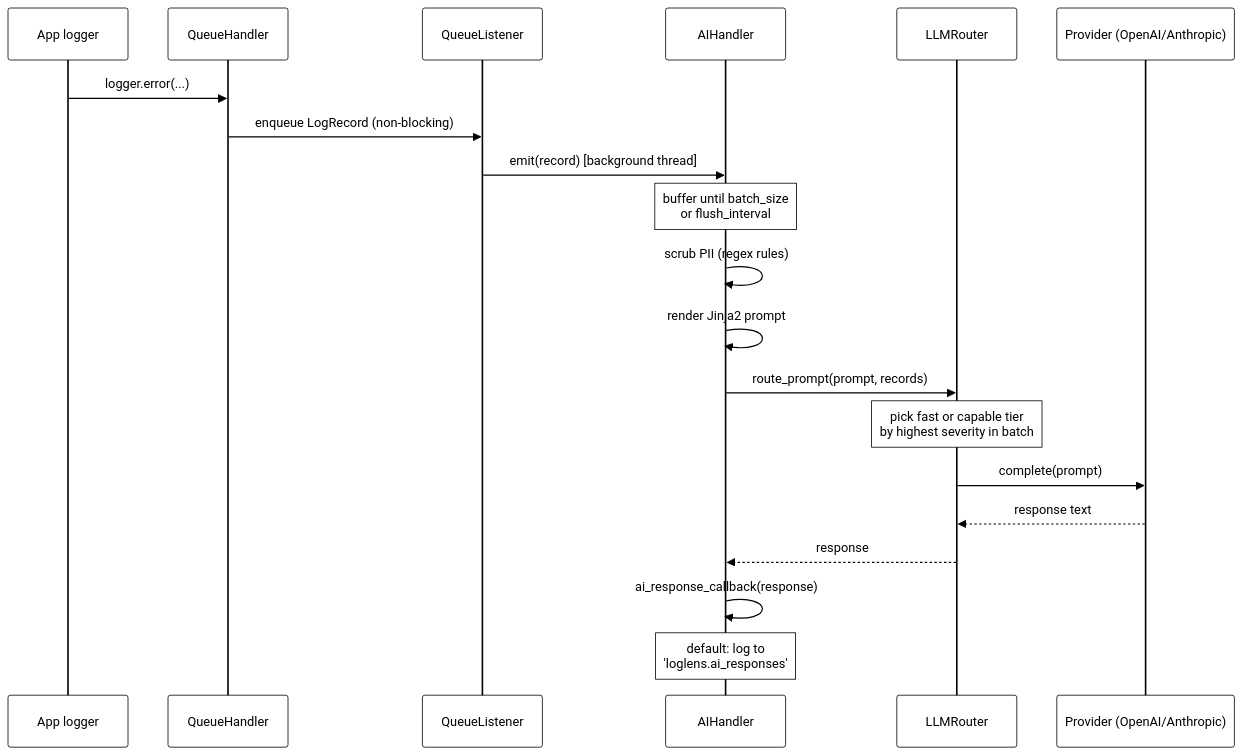
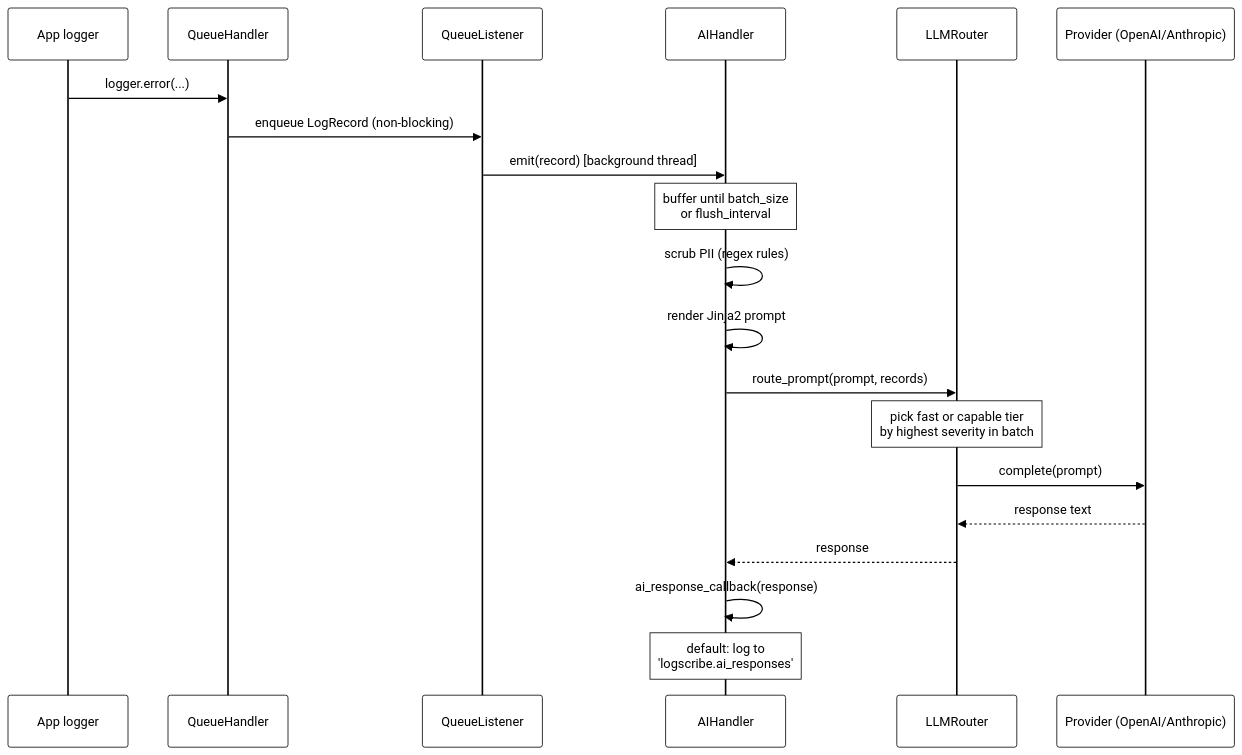
One commit to nadeem4/ai_logger changed the diagram in README.md. Above: the diagram before and after it, drawn with Mermaid. The commit also changed other lines of this file and 52 other files, not shown here.

First line of the commit message:
refactor!: rename package loglens -> logscribe

````diff
--- a/README.md
+++ b/README.md
@@ -46,24 +46,24 @@
 ```mermaid
 %%{init: {'theme': 'base', 'themeVariables': {'primaryColor': '#ffffff', 'primaryBorderColor': '#000000', 'primaryTextColor': '#000000', 'lineColor': '#000000', 'secondaryColor': '#ffffff', 'tertiaryColor': '#ffffff', 'actorBkg': '#ffffff', 'actorBorder': '#000000', 'actorTextColor': '#000000', 'actorLineColor': '#000000', 'signalColor': '#000000', 'signalTextColor': '#000000', 'labelBoxBkgColor': '#ffffff', 'labelBoxBorderColor': '#000000', 'labelTextColor': '#000000', 'loopTextColor': '#000000', 'noteBkgColor': '#ffffff', 'noteBorderColor': '#000000', 'noteTextColor': '#000000', 'activationBorderColor': '#000000', 'activationBkgColor': '#ffffff', 'sequenceNumberColor': '#000000'}}}%%
 sequenceDiagram
     participant App as App logger
     participant QH as QueueHandler
     participant QL as QueueListener
     participant AIH as AIHandler
     participant Router as LLMRouter
     participant Provider as Provider (OpenAI/Anthropic)
 
     App->>QH: logger.error(...)
     QH->>QL: enqueue LogRecord (non-blocking)
     QL->>AIH: emit(record) [background thread]
     Note over AIH: buffer until batch_size<br/>or flush_interval
     AIH->>AIH: scrub PII (regex rules)
     AIH->>AIH: render Jinja2 prompt
     AIH->>Router: route_prompt(prompt, records)
     Note over Router: pick fast or capable tier<br/>by highest severity in batch
     Router->>Provider: complete(prompt)
     Provider-->>Router: response text
     Router-->>AIH: response
     AIH->>AIH: ai_response_callback(response)
-    Note over AIH: default: log to<br/>'loglens.ai_responses'
+    Note over AIH: default: log to<br/>'logscribe.ai_responses'
 ```
````
